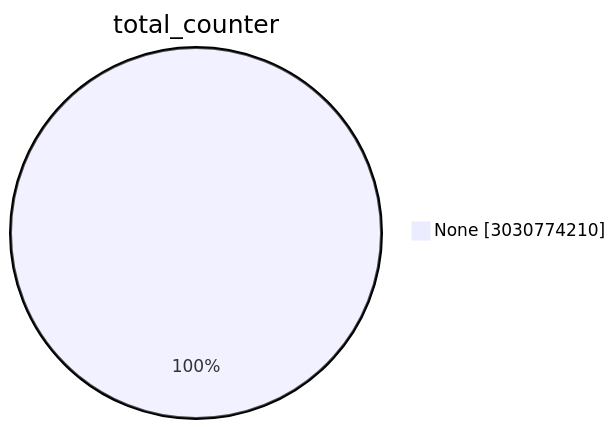
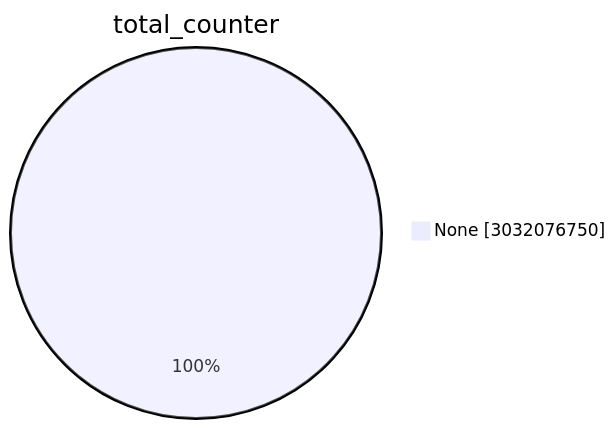
Before and after one commit to christiankrug/ctmonitor_visualization: the first of 15 diagrams in TOTAL/README.md, drawn with Mermaid. The commit also changed other lines of this file, not shown here.

````diff
--- a/TOTAL/README.md
+++ b/TOTAL/README.md
@@ -1,5 +1,5 @@
 ```mermaid
 pie showData
 title total_counter
-"None" :3030774210
+"None" :3032076750
 ```
````
